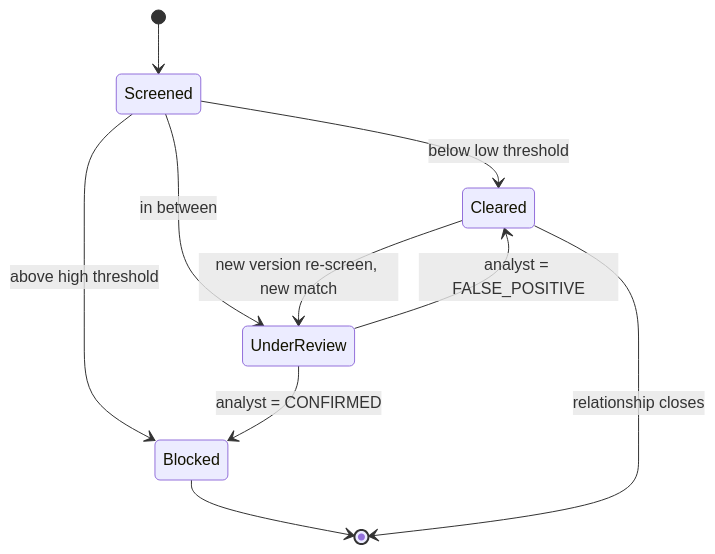
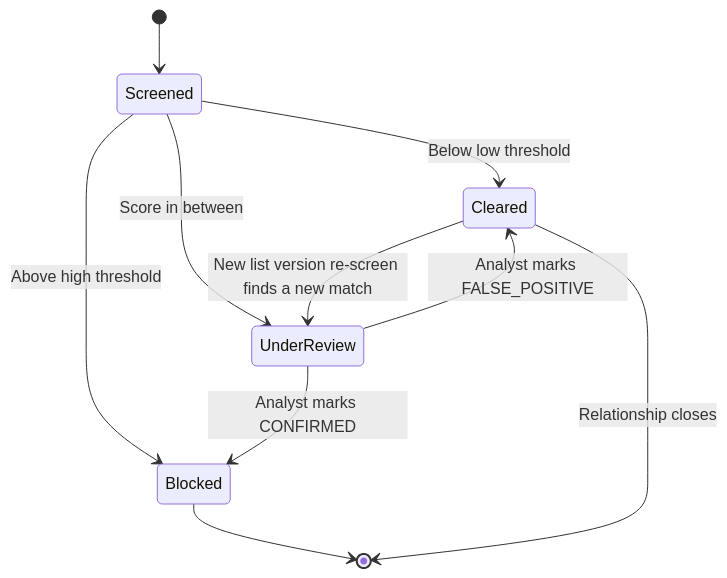
Diagram 12 of 13 in system-design/HLD/0-course/47-Sanctions-Watchlist-Screening-System-FAANG-Guide-story.md (riyaz-pasha/Learnings), drawn with Mermaid before and after one commit. The commit also changed other lines of this file and 1 other file, not shown here.

Commit message:
[REWRITE] Sanctions Watchlist Screening story guide: simplify prose, add structure, fix diagrams

````diff
--- a/system-design/HLD/0-course/47-Sanctions-Watchlist-Screening-System-FAANG-Guide-story.md
+++ b/system-design/HLD/0-course/47-Sanctions-Watchlist-Screening-System-FAANG-Guide-story.md
@@ -360,12 +614,12 @@
 ```mermaid
 stateDiagram-v2
     [*] --> Screened
-    Screened --> Cleared: below low threshold
-    Screened --> Blocked: above high threshold
-    Screened --> UnderReview: in between
-    UnderReview --> Cleared: analyst = FALSE_POSITIVE
-    UnderReview --> Blocked: analyst = CONFIRMED
-    Cleared --> UnderReview: new version re-screen, new match
+    Screened --> Cleared: Below low threshold
+    Screened --> Blocked: Above high threshold
+    Screened --> UnderReview: Score in between
+    UnderReview --> Cleared: Analyst marks FALSE_POSITIVE
+    UnderReview --> Blocked: Analyst marks CONFIRMED
+    Cleared --> UnderReview: New list version re-screen finds a new match
     Blocked --> [*]
-    Cleared --> [*]: relationship closes
+    Cleared --> [*]: Relationship closes
 ```
````
